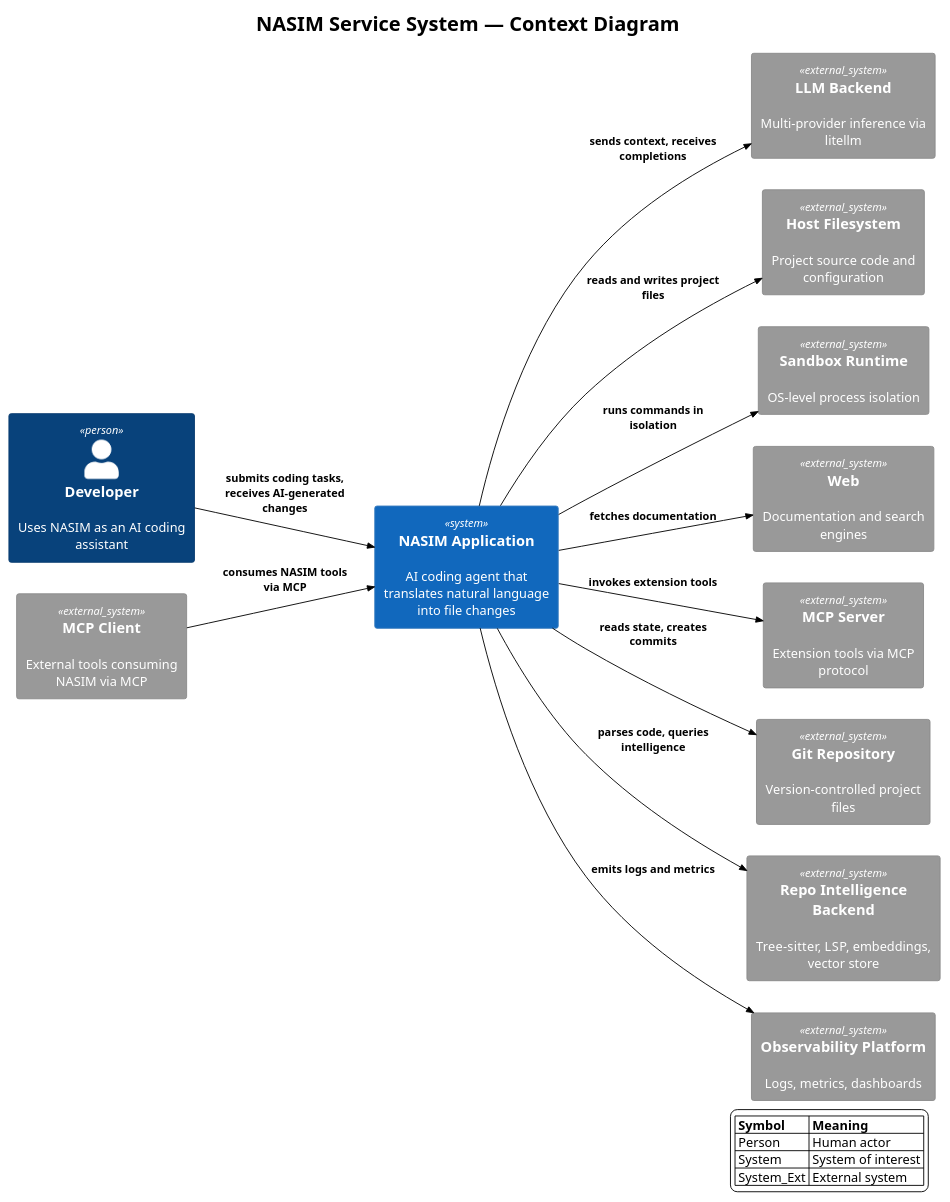
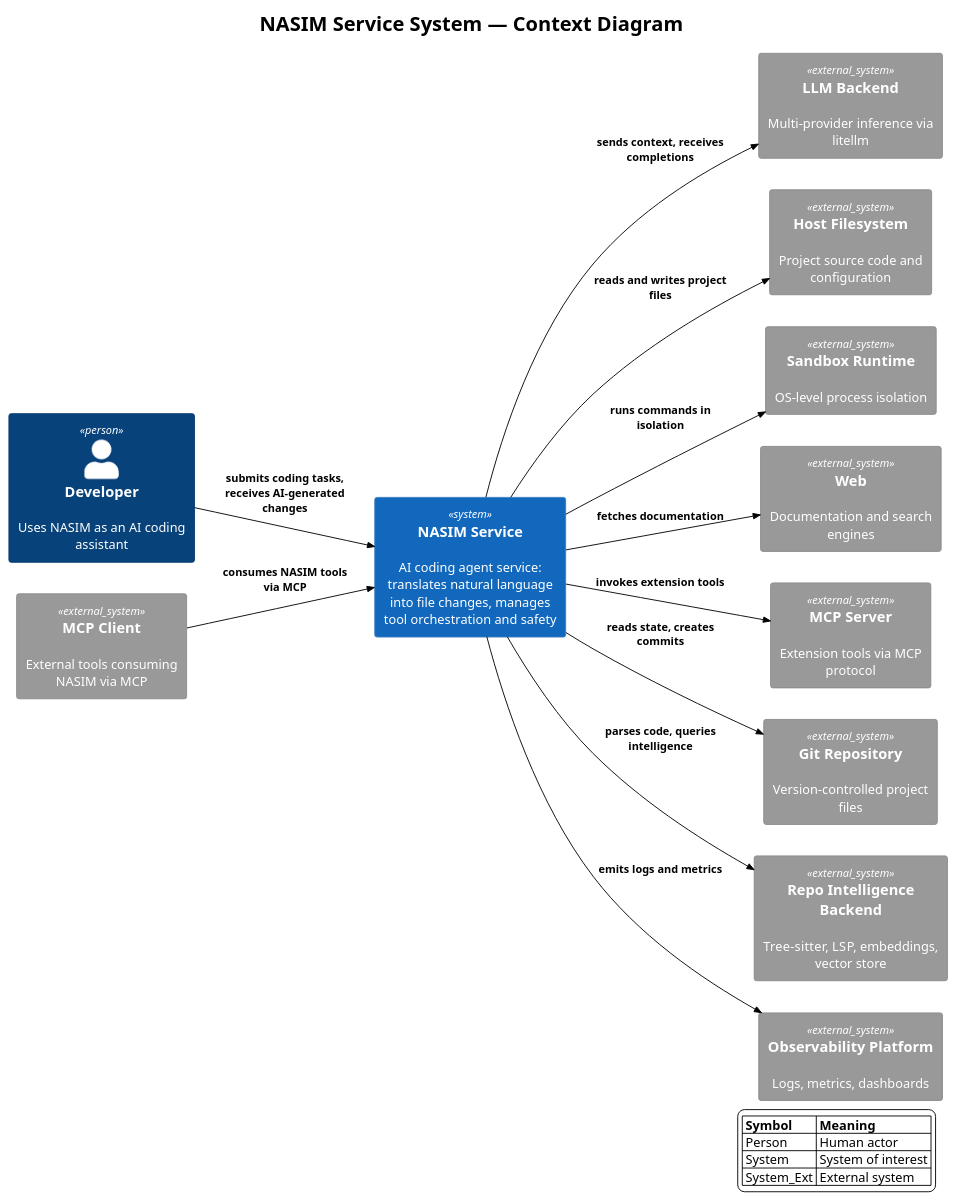
One commit to salimnamvar/nasim changed the diagram in docs/C4/c4_nasim_context.puml. Above: the diagram before and after it, drawn with PlantUML. The commit also changed 1 other file, not shown here.

Commit message:
docs: Update purpose and naming in C4 diagrams to reflect NASIM Service

```diff
--- a/docs/C4/c4_nasim_context.puml
+++ b/docs/C4/c4_nasim_context.puml
@@ -1,51 +1,51 @@
 @startuml c4_nasim_context
 ' ============================================================
 ' Title:     NASIM Service System — Context Diagram
 ' Boundary:  NASIM Service System
-' Purpose:   Show NASIM Application with users and external systems
+' Purpose:   Show NASIM Service with users and external systems
 ' Milestone: v1.0
 ' Version:   11.0.0
 ' Source:    docs/C4/README.md
 ' Review:    —
 ' ============================================================
 
 !include https://raw.githubusercontent.com/plantuml-stdlib/C4-PlantUML/v2.10.0/C4_Context.puml
 !theme plain
 
 LAYOUT_LEFT_RIGHT()
 
 title NASIM Service System — Context Diagram
 
 Person(user, "Developer", "Uses NASIM as an AI coding assistant")
 
-System(nasim, "NASIM Application", "AI coding agent that translates natural language into file changes")
+System(nasim_service, "NASIM Service", "AI coding agent service: translates natural language into file changes, manages tool orchestration and safety")
 
 System_Ext(llm, "LLM Backend", "Multi-provider inference via litellm")
 System_Ext(host_fs, "Host Filesystem", "Project source code and configuration")
 System_Ext(sandbox, "Sandbox Runtime", "OS-level process isolation")
 System_Ext(web, "Web", "Documentation and search engines")
 System_Ext(mcp_server, "MCP Server", "Extension tools via MCP protocol")
 System_Ext(mcp_client, "MCP Client", "External tools consuming NASIM via MCP")
 System_Ext(git, "Git Repository", "Version-controlled project files")
 System_Ext(repo_intel, "Repo Intelligence Backend", "Tree-sitter, LSP, embeddings, vector store")
 System_Ext(obs, "Observability Platform", "Logs, metrics, dashboards")
 
-Rel(user, nasim, "submits coding tasks, receives AI-generated changes")
-Rel(nasim, llm, "sends context, receives completions")
-Rel(nasim, host_fs, "reads and writes project files")
-Rel(nasim, sandbox, "runs commands in isolation")
-Rel(nasim, web, "fetches documentation")
-Rel(nasim, mcp_server, "invokes extension tools")
-Rel(mcp_client, nasim, "consumes NASIM tools via MCP")
-Rel(nasim, git, "reads state, creates commits")
-Rel(nasim, repo_intel, "parses code, queries intelligence")
-Rel(nasim, obs, "emits logs and metrics")
+Rel(user, nasim_service, "submits coding tasks, receives AI-generated changes")
+Rel(nasim_service, llm, "sends context, receives completions")
+Rel(nasim_service, host_fs, "reads and writes project files")
+Rel(nasim_service, sandbox, "runs commands in isolation")
+Rel(nasim_service, web, "fetches documentation")
+Rel(nasim_service, mcp_server, "invokes extension tools")
+Rel(mcp_client, nasim_service, "consumes NASIM tools via MCP")
+Rel(nasim_service, git, "reads state, creates commits")
+Rel(nasim_service, repo_intel, "parses code, queries intelligence")
+Rel(nasim_service, obs, "emits logs and metrics")
 
 legend right
     |= Symbol |= Meaning |
     | Person | Human actor |
     | System | System of interest |
     | System_Ext | External system |
 end legend
 
 @enduml
```
